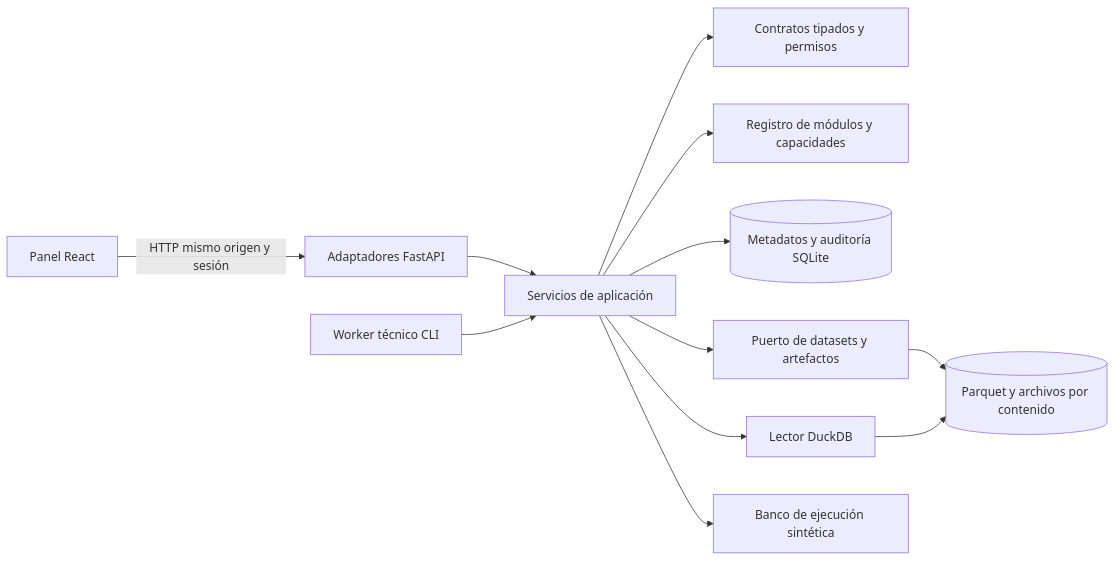
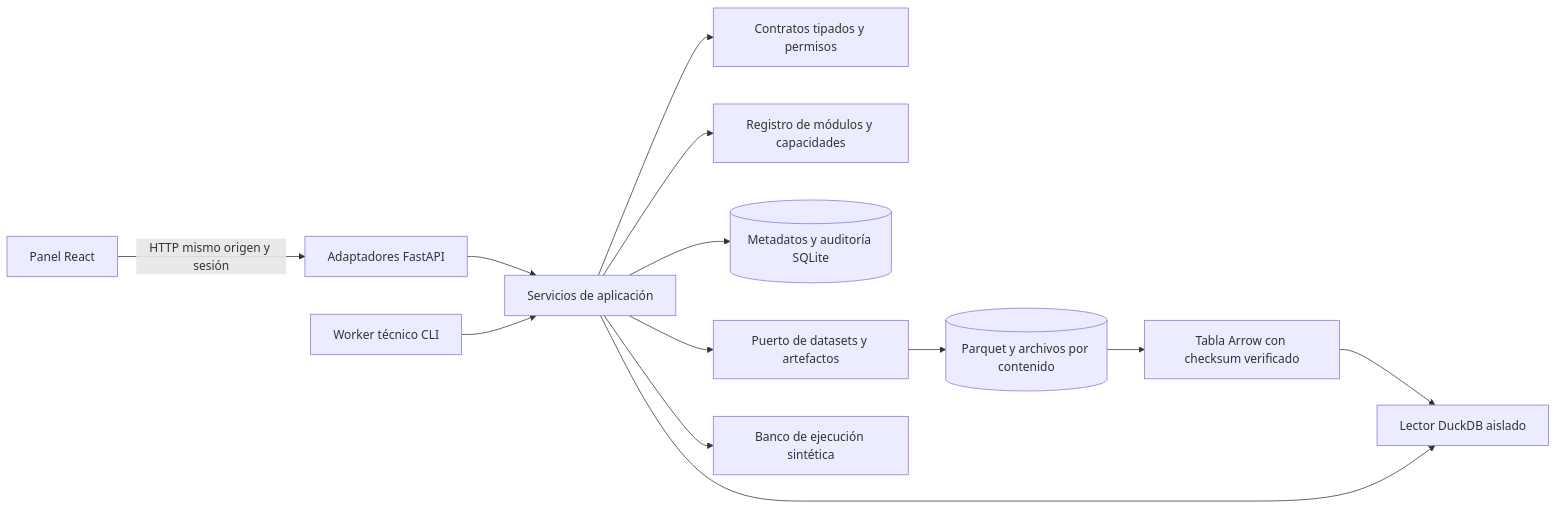
One commit to emanceras/bot_trader changed the diagram in docs/es/architecture/platform.md. Above: the diagram before and after it, drawn with Mermaid. The commit also changed other lines of this file and 26 other files, not shown here.

Commit message:
docs: integrate architecture supplement and close verified phase III

````diff
--- a/docs/es/architecture/platform.md
+++ b/docs/es/architecture/platform.md
@@ -31,14 +31,15 @@
 ```mermaid
 flowchart LR
   Browser[Panel React] -->|HTTP mismo origen y sesión| API[Adaptadores FastAPI]
   API --> Services[Servicios de aplicación]
   Worker[Worker técnico CLI] --> Services
   Services --> Contracts[Contratos tipados y permisos]
   Services --> Registry[Registro de módulos y capacidades]
   Services --> Meta[(Metadatos y auditoría SQLite)]
   Services --> Storage[Puerto de datasets y artefactos]
   Storage --> Files[(Parquet y archivos por contenido)]
-  Reader[Lector DuckDB] --> Files
+  Files --> Verified[Tabla Arrow con checksum verificado]
+  Verified --> Reader[Lector DuckDB aislado]
   Services --> Reader
   Services --> Harness[Banco de ejecución sintética]
 ```
````
